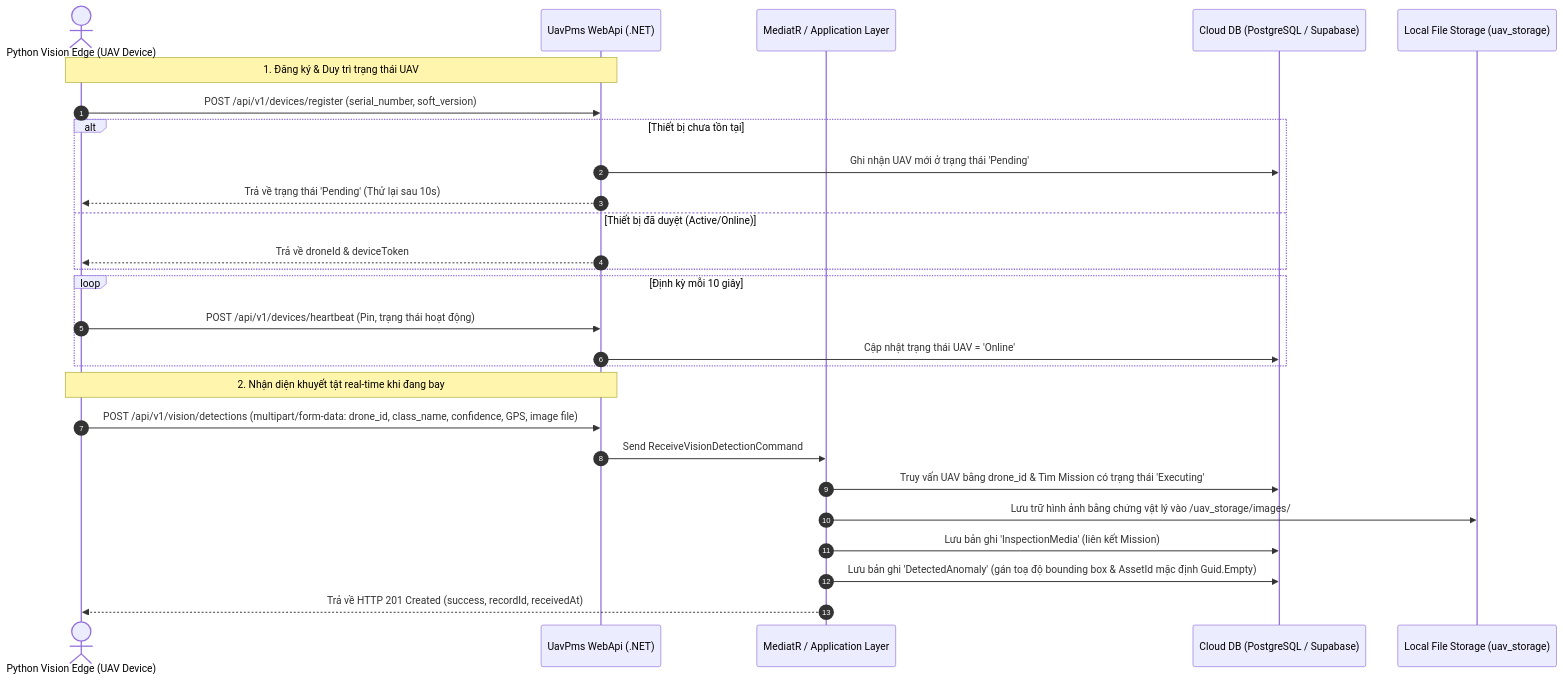
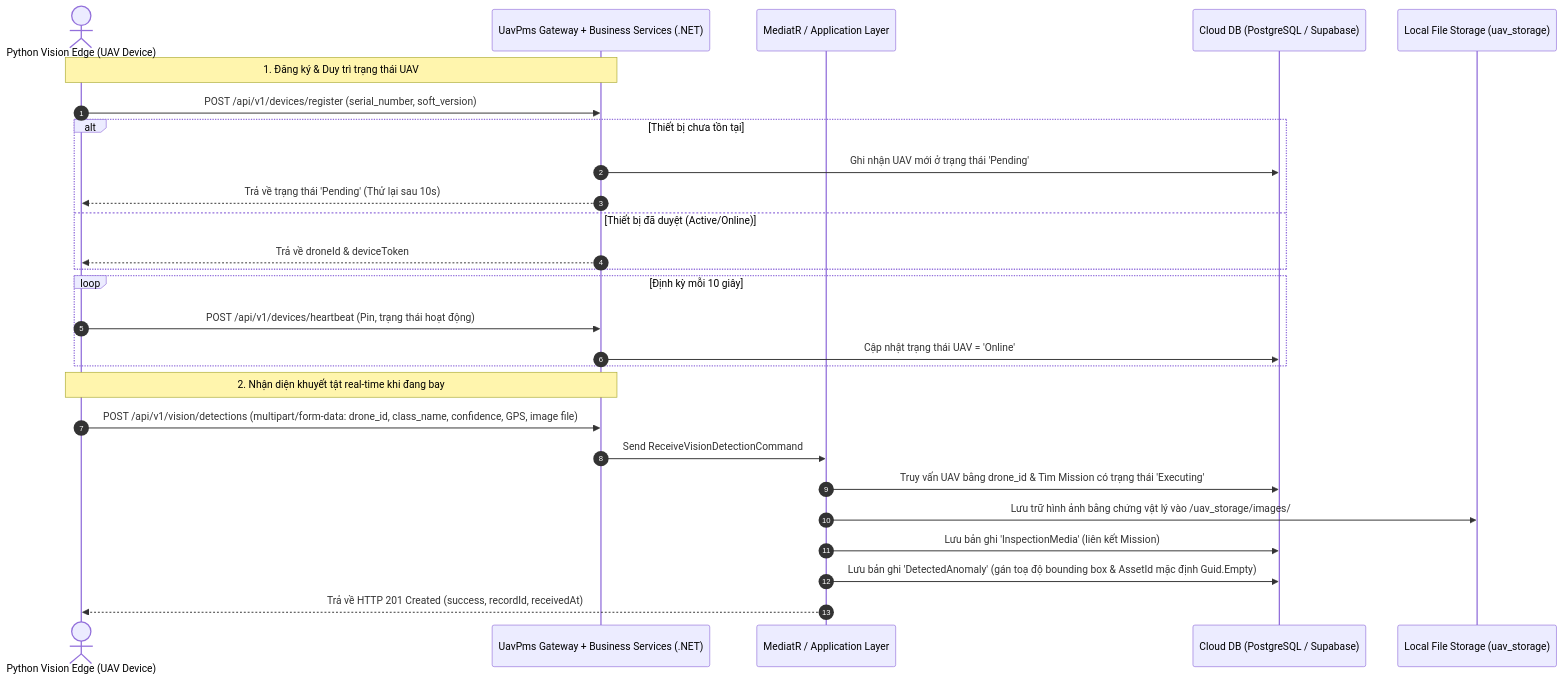
One commit to Eau-Claire/UavPms_Org changed the first of 6 diagrams in docs/PRN232_Final_Report.md. Above: the diagram before and after it, drawn with Mermaid. The commit also changed other lines of this file and 1150 other files, not shown here.

````diff
--- a/docs/PRN232_Final_Report.md
+++ b/docs/PRN232_Final_Report.md
@@ -64,32 +64,32 @@
 ```mermaid
 sequenceDiagram
     autonumber
     actor Edge as Python Vision Edge (UAV Device)
-    participant API as UavPms WebApi (.NET)
+    participant API as UavPms Gateway + Business Services (.NET)
     participant App as MediatR / Application Layer
     participant DB as Cloud DB (PostgreSQL / Supabase)
     participant FS as Local File Storage (uav_storage)
 
     Note over Edge, API: 1. Đăng ký & Duy trì trạng thái UAV
     Edge->>API: POST /api/v1/devices/register (serial_number, soft_version)
     alt Thiết bị chưa tồn tại
         API->>DB: Ghi nhận UAV mới ở trạng thái 'Pending'
         API-->>Edge: Trả về trạng thái 'Pending' (Thử lại sau 10s)
     else Thiết bị đã duyệt (Active/Online)
         API-->>Edge: Trả về droneId & deviceToken
     end
     
     loop Định kỳ mỗi 10 giây
         Edge->>API: POST /api/v1/devices/heartbeat (Pin, trạng thái hoạt động)
         API->>DB: Cập nhật trạng thái UAV = 'Online'
     end
 
     Note over Edge, API: 2. Nhận diện khuyết tật real-time khi đang bay
     Edge->>API: POST /api/v1/vision/detections (multipart/form-data: drone_id, class_name, confidence, GPS, image file)
     API->>App: Send ReceiveVisionDetectionCommand
     App->>DB: Truy vấn UAV bằng drone_id & Tìm Mission có trạng thái 'Executing'
     App->>FS: Lưu trữ hình ảnh bằng chứng vật lý vào /uav_storage/images/
     App->>DB: Lưu bản ghi 'InspectionMedia' (liên kết Mission)
     App->>DB: Lưu bản ghi 'DetectedAnomaly' (gán toạ độ bounding box & AssetId mặc định Guid.Empty)
     App-->>Edge: Trả về HTTP 201 Created (success, recordId, receivedAt)
 ```
````
